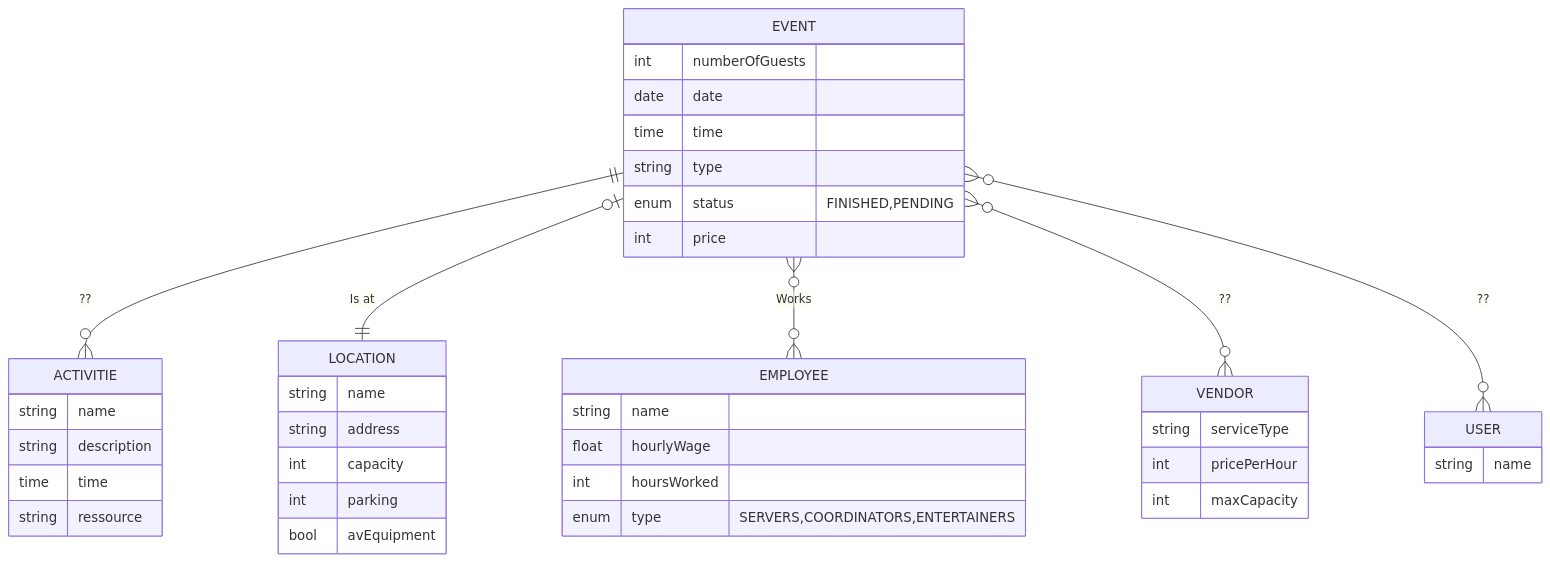
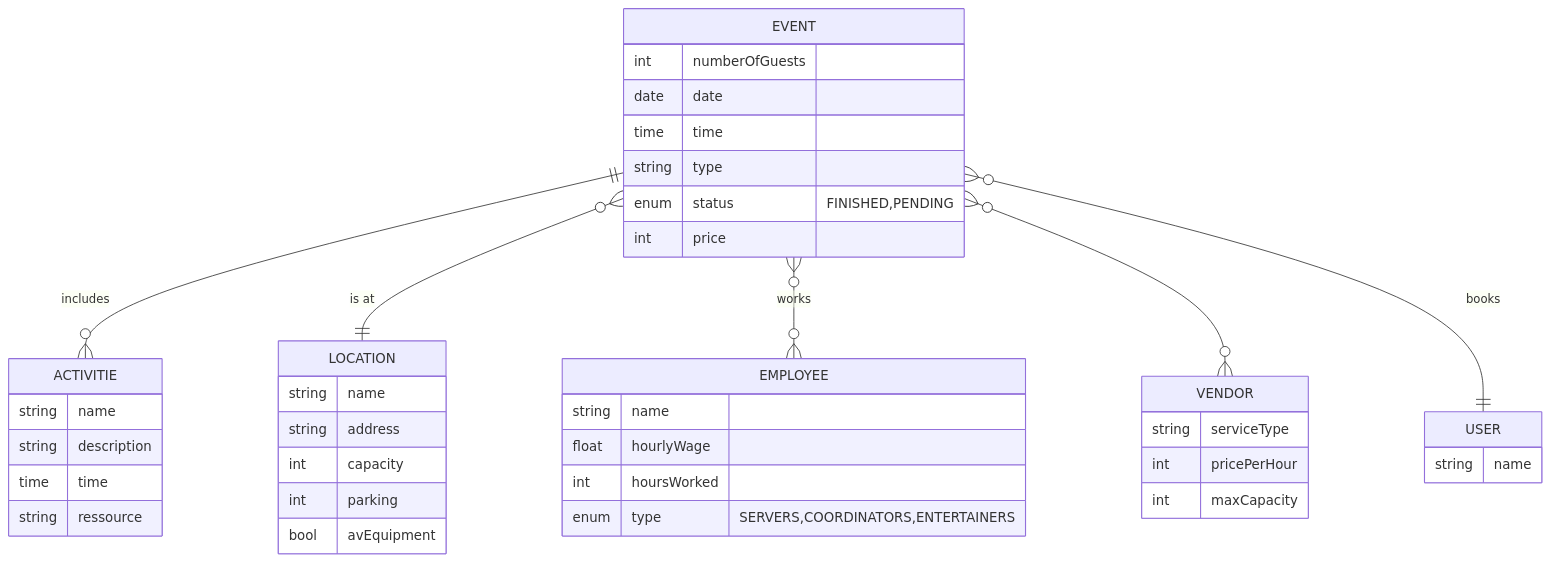
The first of 2 diagrams in Readme.md (Stoorrzi/Task-1), drawn with Mermaid before and after one commit. The commit also changed other lines of this file and 9 other files, not shown here.

````diff
--- a/Readme.md
+++ b/Readme.md
@@ -45,45 +45,45 @@
 ```mermaid
 
 erDiagram
-    EVENT ||--o{ ACTIVITIE: "??"
-    EVENT o|--|| LOCATION : "Is at"
-    EVENT }o--o{ EMPLOYEE: "Works"
-    EVENT }o--o{ VENDOR: "??"
-    EVENT }o--o{ USER: "??"
+    EVENT ||--o{ ACTIVITIE: "includes"
+    EVENT }o--|| LOCATION : "is at"
+    EVENT }o--o{ EMPLOYEE: "works"
+    EVENT }o--o{ VENDOR: ""
+    EVENT }o--|| USER: "books"
 
     ACTIVITIE {
       string name
       string description
       time time
       string ressource
     }
     EMPLOYEE {
       string name
       float hourlyWage
       int hoursWorked
       enum type "SERVERS,COORDINATORS,ENTERTAINERS"
     }
     EVENT {
       int numberOfGuests
       date date
       time time
       string type
       enum status "FINISHED,PENDING"
       int price
     }
     LOCATION {
       string name
       string address
       int capacity
       int parking
       bool avEquipment
     }
     USER {
       string name
     }
     VENDOR {
       string serviceType
       int pricePerHour
       int maxCapacity
     }
 ```
````
